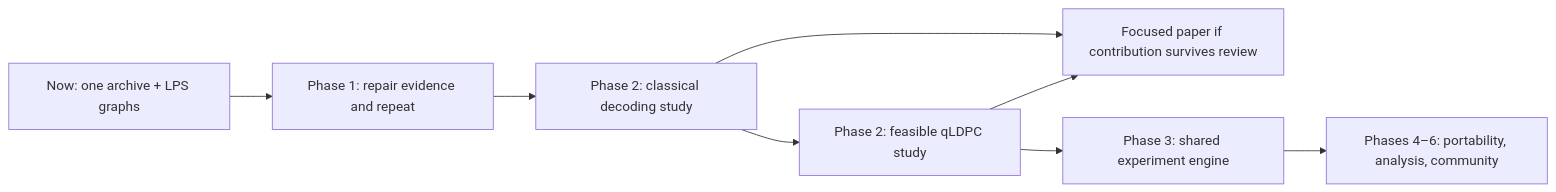
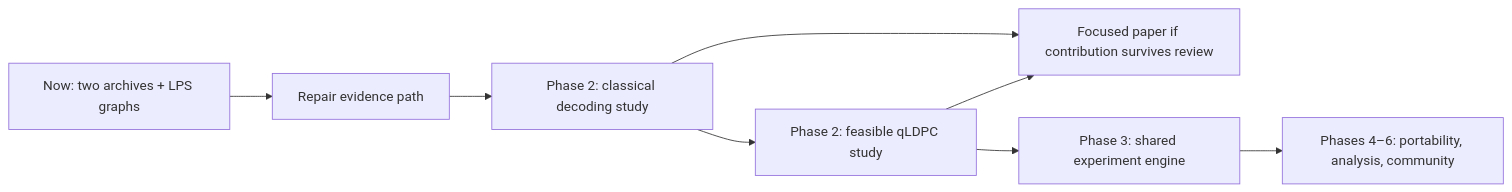
The diagram in docs/roadmap.md (iarjunganesh/q1729), drawn with Mermaid before and after one commit. The commit also changed other lines of this file and 21 other files, not shown here.

````diff
--- a/docs/roadmap.md
+++ b/docs/roadmap.md
@@ -44,10 +50,10 @@
 ```mermaid
 flowchart LR
-    A[Now: one archive + LPS graphs] --> B[Phase 1: repair evidence and repeat]
+    A[Now: two archives + LPS graphs] --> B[Repair evidence path]
     B --> C[Phase 2: classical decoding study]
     C --> D[Phase 2: feasible qLDPC study]
     C --> P[Focused paper if contribution survives review]
     D --> P
     D --> E[Phase 3: shared experiment engine]
     E --> F[Phases 4–6: portability, analysis, community]
 ```
````
